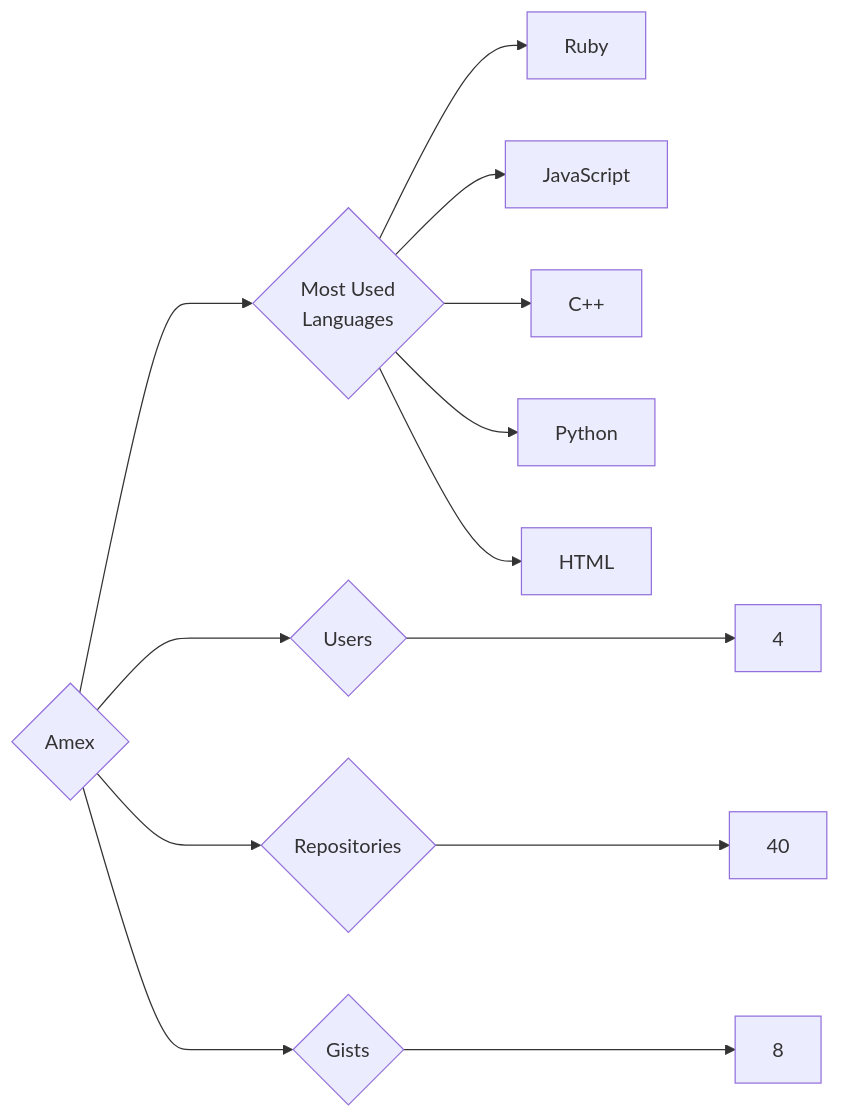
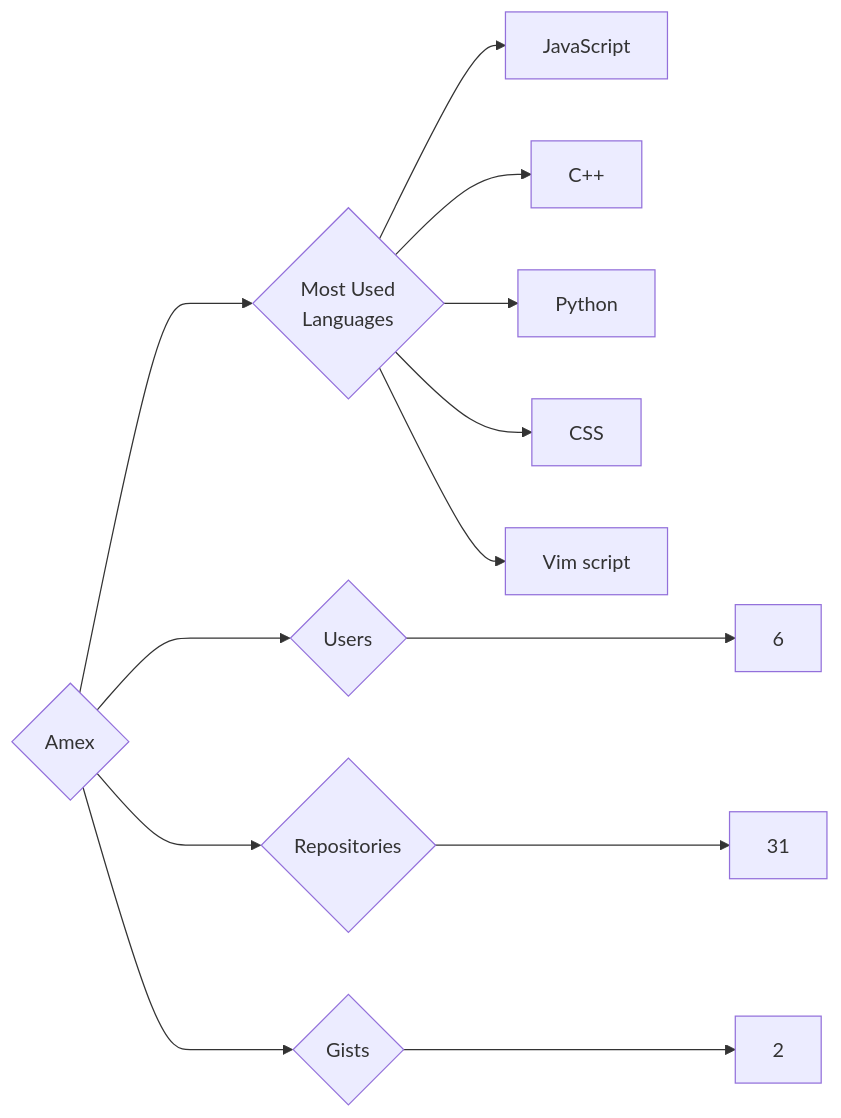
The diagram in targets/Amex/README.md (trickest/insiders), drawn with Mermaid before and after one commit. The commit also changed 891 other files, not shown here.

````diff
--- a/targets/Amex/README.md
+++ b/targets/Amex/README.md
@@ -3,13 +3,13 @@
 ```mermaid
 graph LR
 COMPANY_NAME{Amex}
-COMPANY_NAME ---> U{Users} ---> UN[4]
-COMPANY_NAME ---> R{Repositories} ---> RN[40]
-COMPANY_NAME ---> G{Gists} ---> GN[8]
+COMPANY_NAME ---> U{Users} ---> UN[6]
+COMPANY_NAME ---> R{Repositories} ---> RN[31]
+COMPANY_NAME ---> G{Gists} ---> GN[2]
 COMPANY_NAME ---> ML{Most Used<br>Languages}
-ML --> Ruby[Ruby]
 ML --> JavaScript[JavaScript]
 ML --> C++[C++]
 ML --> Python[Python]
-ML --> HTML[HTML]
+ML --> CSS[CSS]
+ML --> Vim_script[Vim script]
 ```
````
